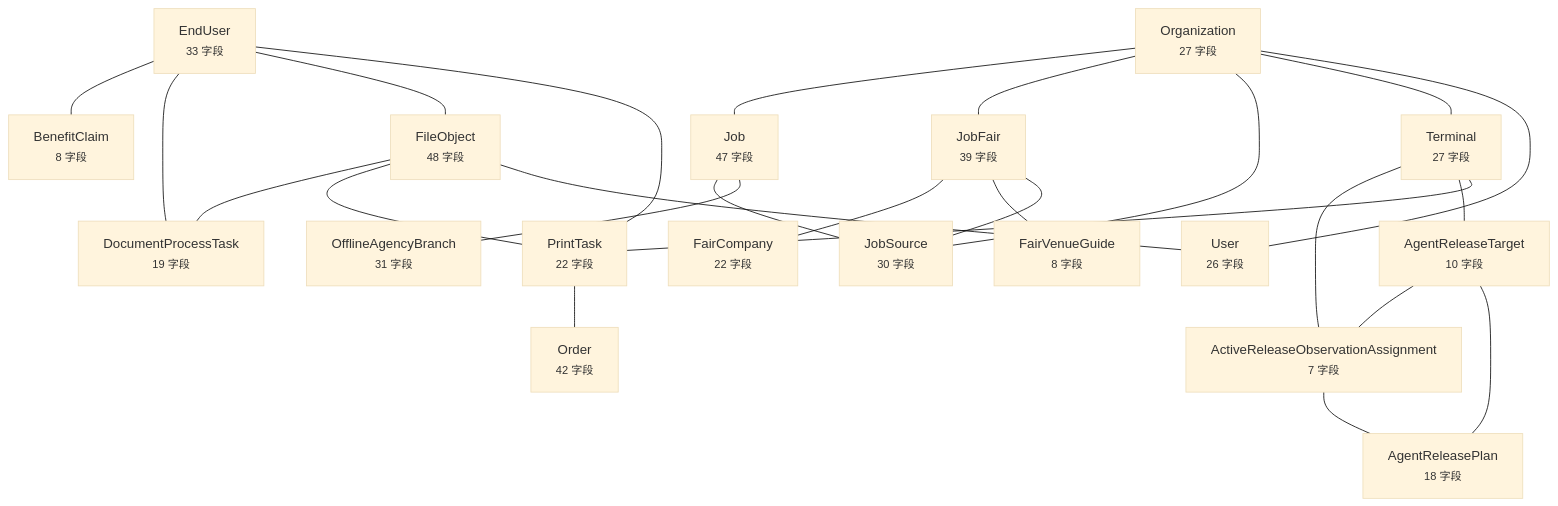
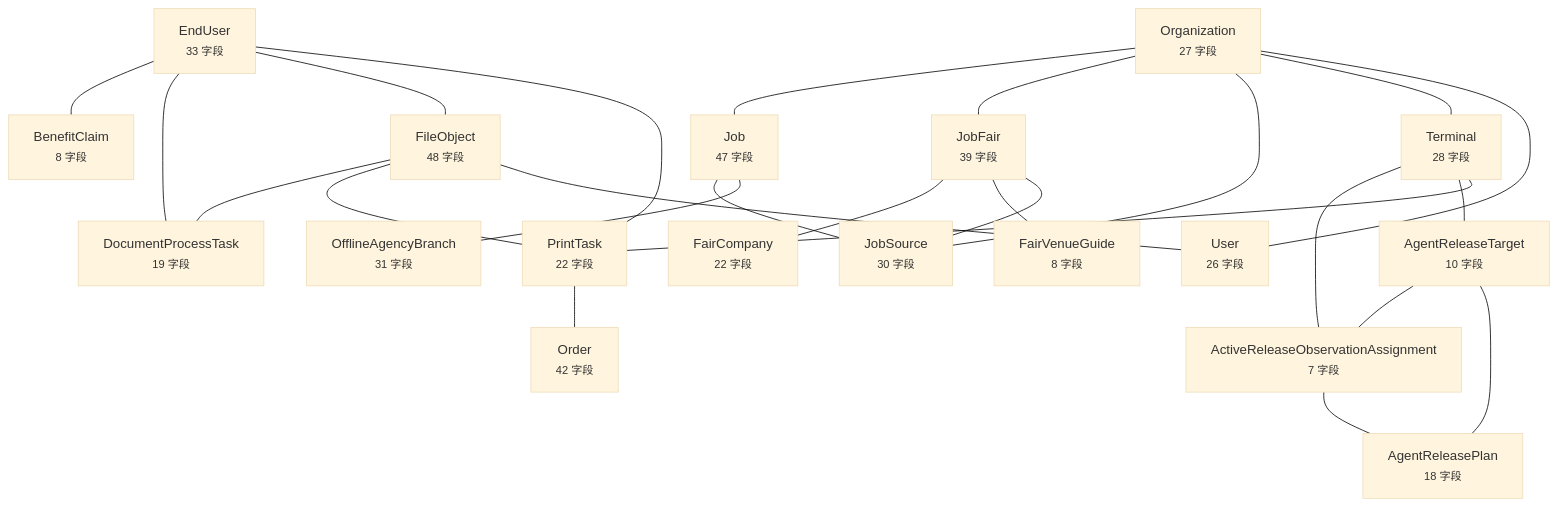
The diagram in docs/graph/data-model.md (wanglei581/YITIJI), drawn with Mermaid (base theme) before and after one commit. The commit also changed other lines of this file and 1 other file, not shown here.

Commit message:
chore(graph): regenerate after terminal org binding
Terminal field count is 28 after orgBoundAt.

````diff
--- a/docs/graph/data-model.md
+++ b/docs/graph/data-model.md
@@ -10,45 +10,45 @@
 ```mermaid
 flowchart TD
   EndUser["EndUser<br/><small>33 字段</small>"]
   Organization["Organization<br/><small>27 字段</small>"]
-  Terminal["Terminal<br/><small>27 字段</small>"]
+  Terminal["Terminal<br/><small>28 字段</small>"]
   FileObject["FileObject<br/><small>48 字段</small>"]
   Job["Job<br/><small>47 字段</small>"]
   JobFair["JobFair<br/><small>39 字段</small>"]
   JobSource["JobSource<br/><small>30 字段</small>"]
   User["User<br/><small>26 字段</small>"]
   PrintTask["PrintTask<br/><small>22 字段</small>"]
   AgentReleaseTarget["AgentReleaseTarget<br/><small>10 字段</small>"]
   Order["Order<br/><small>42 字段</small>"]
   ActiveReleaseObservationAssignment["ActiveReleaseObservationAssignment<br/><small>7 字段</small>"]
   AgentReleasePlan["AgentReleasePlan<br/><small>18 字段</small>"]
   BenefitClaim["BenefitClaim<br/><small>8 字段</small>"]
   DocumentProcessTask["DocumentProcessTask<br/><small>19 字段</small>"]
   FairCompany["FairCompany<br/><small>22 字段</small>"]
   FairVenueGuide["FairVenueGuide<br/><small>8 字段</small>"]
   OfflineAgencyBranch["OfflineAgencyBranch<br/><small>31 字段</small>"]
   EndUser --- BenefitClaim
   EndUser --- DocumentProcessTask
   EndUser --- FileObject
   EndUser --- PrintTask
   Organization --- Job
   Organization --- JobFair
   Organization --- JobSource
   Organization --- Terminal
   Organization --- User
   Terminal --- ActiveReleaseObservationAssignment
   Terminal --- AgentReleaseTarget
   Terminal --- PrintTask
   FileObject --- DocumentProcessTask
   FileObject --- PrintTask
   FileObject --- User
   Job --- JobSource
   Job --- OfflineAgencyBranch
   JobFair --- FairCompany
   JobFair --- FairVenueGuide
   JobFair --- JobSource
   PrintTask --- Order
   AgentReleaseTarget --- ActiveReleaseObservationAssignment
   AgentReleaseTarget --- AgentReleasePlan
   ActiveReleaseObservationAssignment --- AgentReleasePlan
 ```
````
